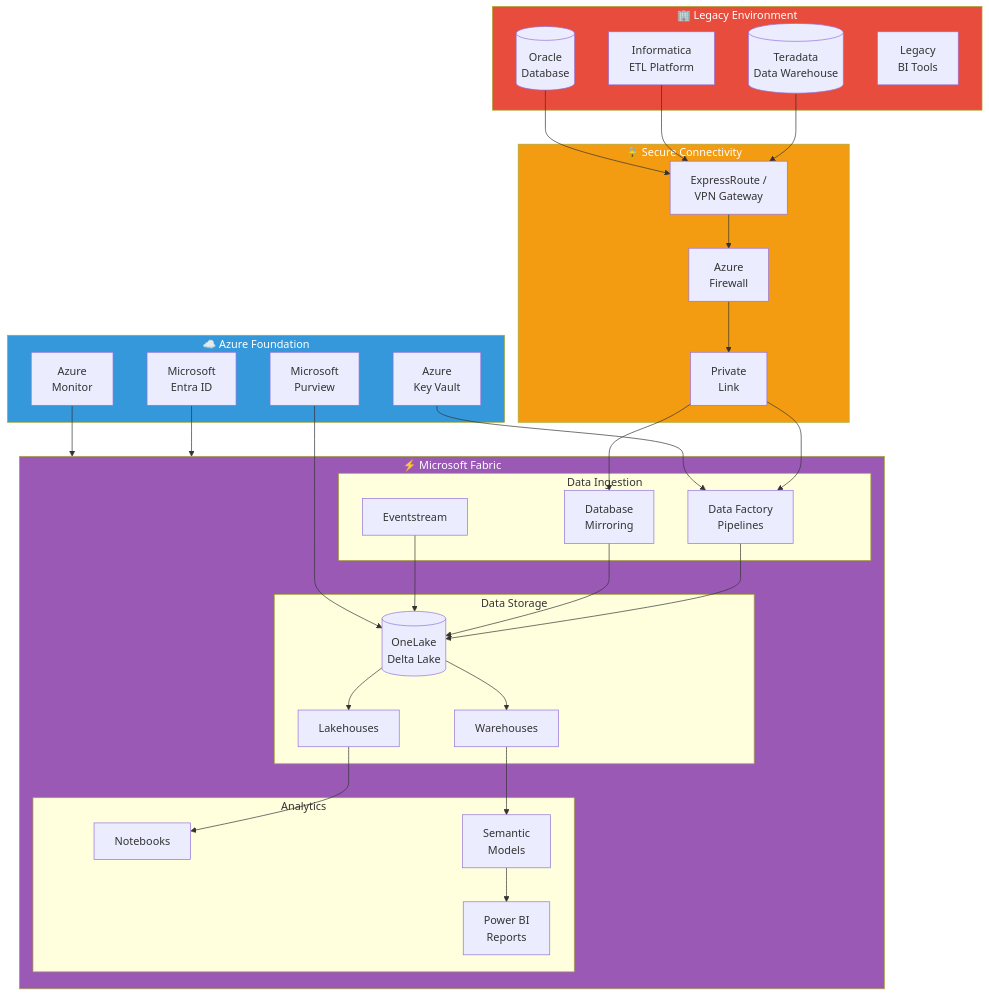
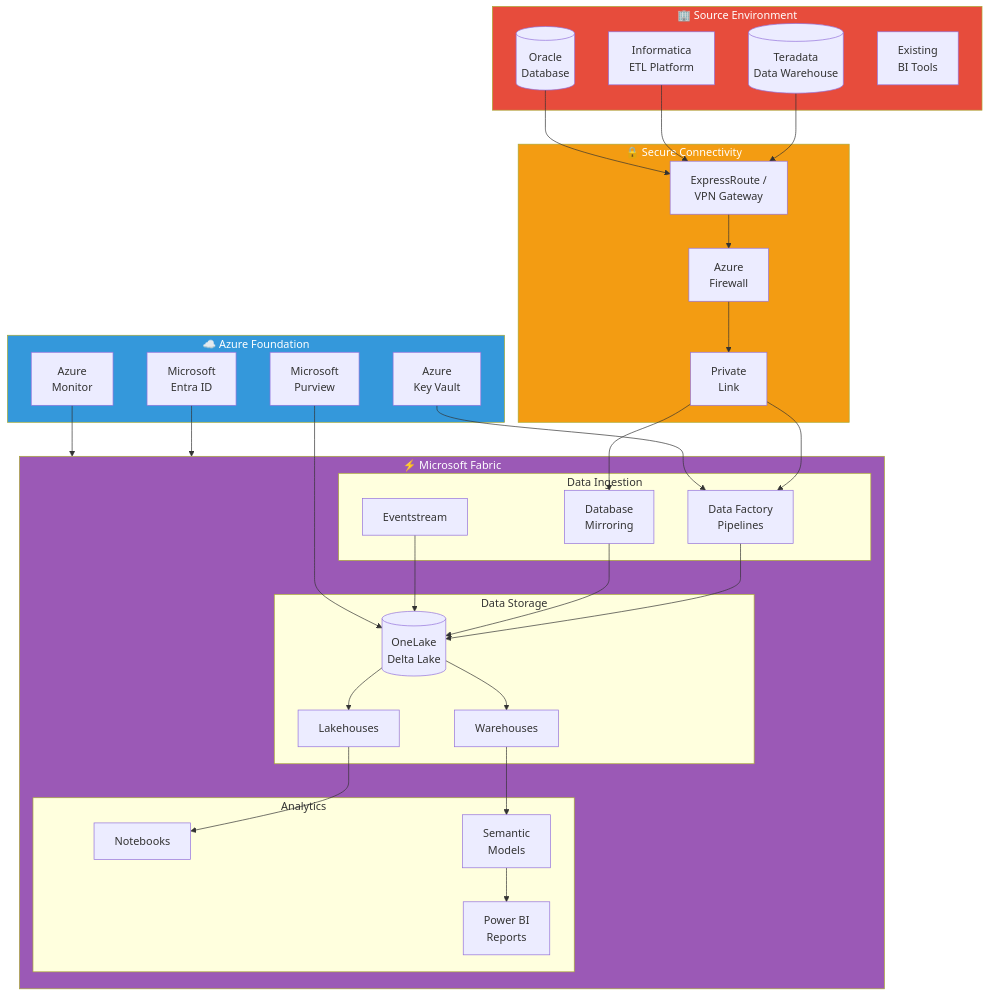
One commit to fgarofalo56/Supercharge_Microsoft_Fabric changed the first of 9 diagrams in tutorials/13-migration-planning/README.md. Above: the diagram before and after it, drawn with Mermaid. The commit also changed other lines of this file and 109 other files, not shown here.

````diff
--- a/tutorials/13-migration-planning/README.md
+++ b/tutorials/13-migration-planning/README.md
@@ -94,72 +101,72 @@
 ```mermaid
 flowchart TB
-    subgraph Source["🏢 Legacy Environment"]
+    subgraph Source["🏢 Source Environment"]
         TD[(Teradata<br/>Data Warehouse)]
         INFA[Informatica<br/>ETL Platform]
         ORACLE[(Oracle<br/>Database)]
-        LEGACY_BI[Legacy<br/>BI Tools]
+        LEGACY_BI[Existing<br/>BI Tools]
     end
 
     subgraph Network["🔒 Secure Connectivity"]
         EXPROUTE[ExpressRoute /<br/>VPN Gateway]
         FIREWALL[Azure<br/>Firewall]
         PLINK[Private<br/>Link]
     end
 
     subgraph Azure["☁️ Azure Foundation"]
         AAD[Microsoft<br/>Entra ID]
         KEYVAULT[Azure<br/>Key Vault]
         MONITOR[Azure<br/>Monitor]
         PURVIEW[Microsoft<br/>Purview]
     end
 
     subgraph Fabric["⚡ Microsoft Fabric"]
         subgraph Ingestion["Data Ingestion"]
             ADF[Data Factory<br/>Pipelines]
             MIRROR[Database<br/>Mirroring]
             STREAM[Eventstream]
         end
 
         subgraph Storage["Data Storage"]
             ONELAKE[(OneLake<br/>Delta Lake)]
             LH[Lakehouses]
             WH[Warehouses]
         end
 
         subgraph Analytics["Analytics"]
             NB[Notebooks]
             SM[Semantic<br/>Models]
             PBI[Power BI<br/>Reports]
         end
     end
 
     TD --> EXPROUTE
     INFA --> EXPROUTE
     ORACLE --> EXPROUTE
 
     EXPROUTE --> FIREWALL
     FIREWALL --> PLINK
     PLINK --> ADF
     PLINK --> MIRROR
 
     ADF --> ONELAKE
     MIRROR --> ONELAKE
     STREAM --> ONELAKE
 
     ONELAKE --> LH
     ONELAKE --> WH
 
     LH --> NB
     WH --> SM
     SM --> PBI
 
     AAD --> Fabric
     KEYVAULT --> ADF
     MONITOR --> Fabric
     PURVIEW --> ONELAKE
 
     style Source fill:#e74c3c,color:#fff
     style Network fill:#f39c12,color:#fff
     style Azure fill:#3498db,color:#fff
     style Fabric fill:#9b59b6,color:#fff
 ```
````
